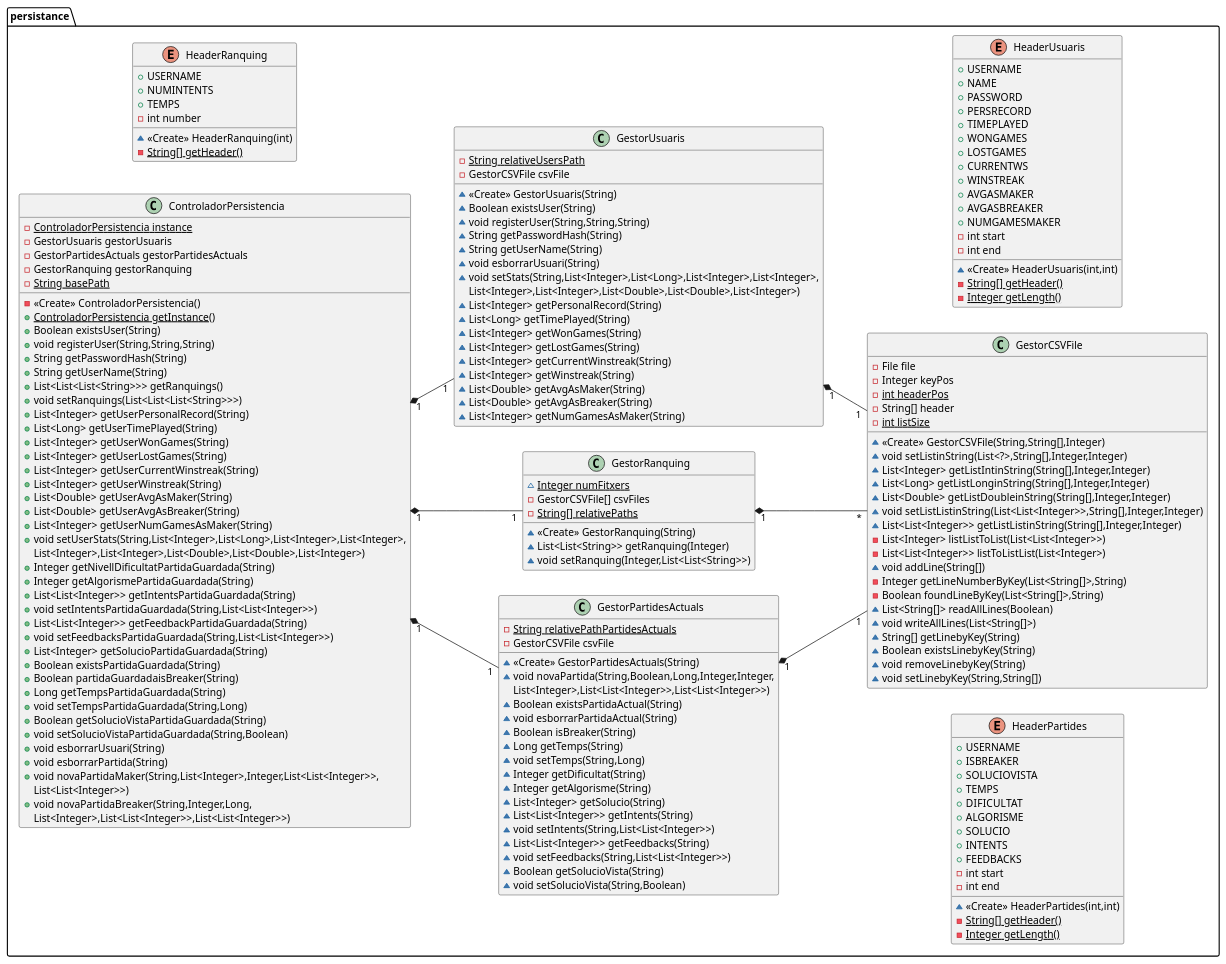
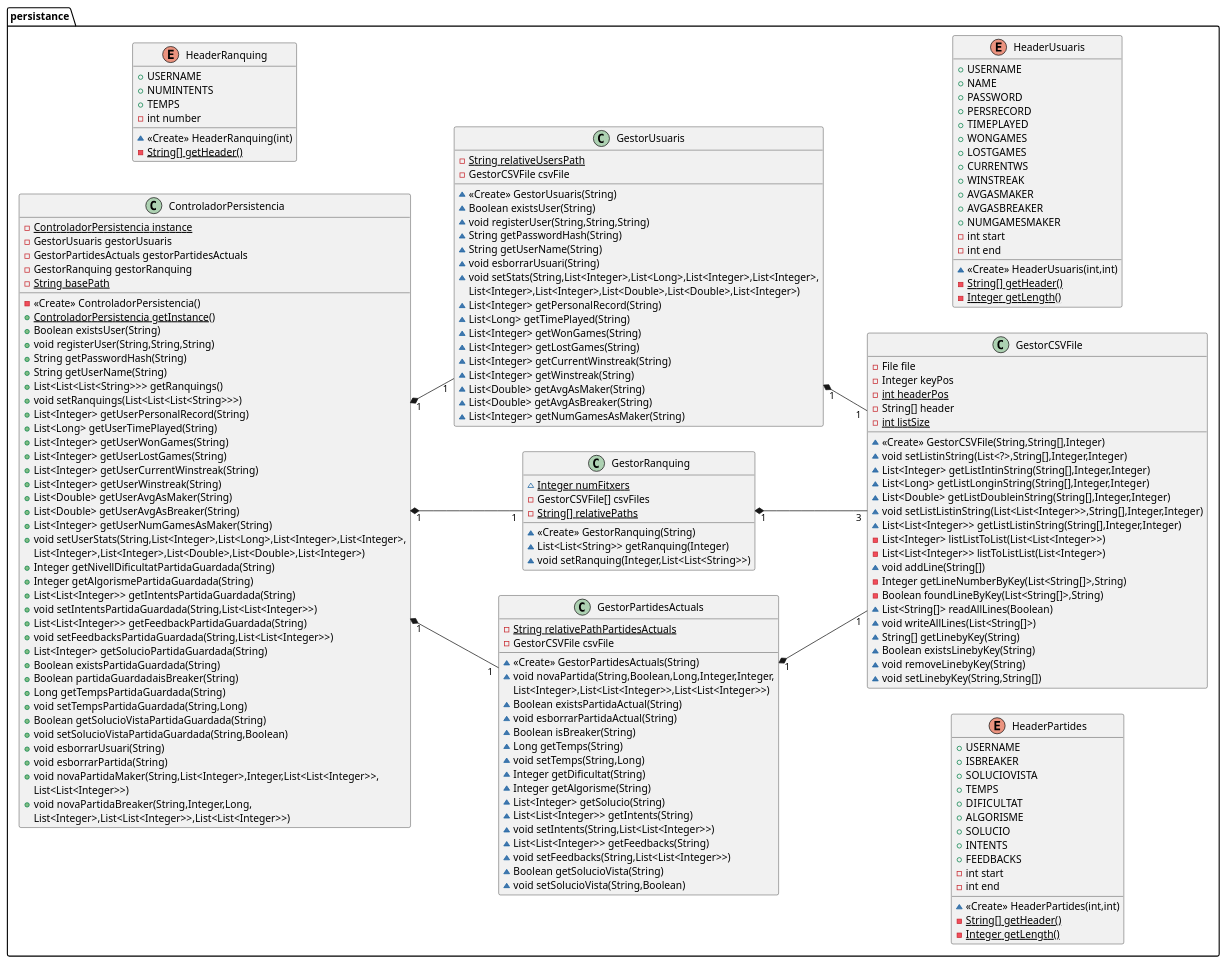
One commit to albertcanales/mastermind changed the diagram in FONTS/uml/persistance.puml. Above: the diagram before and after it, drawn with PlantUML. The commit also changed 2 other files, not shown here.

```diff
--- a/FONTS/uml/persistance.puml
+++ b/FONTS/uml/persistance.puml
@@ -1,175 +1,175 @@
 @startuml
 class persistance.GestorCSVFile {
 - File file
 - Integer keyPos
 - {static} int headerPos
 - String[] header
 - {static} int listSize
 ~ <<Create>> GestorCSVFile(String,String[],Integer)
 ~ void setListinString(List<?>,String[],Integer,Integer)
 ~ List<Integer> getListIntinString(String[],Integer,Integer)
 ~ List<Long> getListLonginString(String[],Integer,Integer)
 ~ List<Double> getListDoubleinString(String[],Integer,Integer)
 ~ void setListListinString(List<List<Integer>>,String[],Integer,Integer)
 ~ List<List<Integer>> getListListinString(String[],Integer,Integer)
 - List<Integer> listListToList(List<List<Integer>>)
 - List<List<Integer>> listToListList(List<Integer>)
 ~ void addLine(String[])
 - Integer getLineNumberByKey(List<String[]>,String)
 - Boolean foundLineByKey(List<String[]>,String)
 ~ List<String[]> readAllLines(Boolean)
 ~ void writeAllLines(List<String[]>)
 ~ String[] getLinebyKey(String)
 ~ Boolean existsLinebyKey(String)
 ~ void removeLinebyKey(String)
 ~ void setLinebyKey(String,String[])
 }
 class persistance.GestorPartidesActuals {
 - {static} String relativePathPartidesActuals
 - GestorCSVFile csvFile
 ~ <<Create>> GestorPartidesActuals(String)
 ~ void novaPartida(String,Boolean,Long,Integer,Integer,
 List<Integer>,List<List<Integer>>,List<List<Integer>>)
 ~ Boolean existsPartidaActual(String)
 ~ void esborrarPartidaActual(String)
 ~ Boolean isBreaker(String)
 ~ Long getTemps(String)
 ~ void setTemps(String,Long)
 ~ Integer getDificultat(String)
 ~ Integer getAlgorisme(String)
 ~ List<Integer> getSolucio(String)
 ~ List<List<Integer>> getIntents(String)
 ~ void setIntents(String,List<List<Integer>>)
 ~ List<List<Integer>> getFeedbacks(String)
 ~ void setFeedbacks(String,List<List<Integer>>)
 ~ Boolean getSolucioVista(String)
 ~ void setSolucioVista(String,Boolean)
 }
 enum persistance.HeaderPartides {
 +  USERNAME
 +  ISBREAKER
 +  SOLUCIOVISTA
 +  TEMPS
 +  DIFICULTAT
 +  ALGORISME
 +  SOLUCIO
 +  INTENTS
 +  FEEDBACKS
 - int start
 - int end
 ~ <<Create>> HeaderPartides(int,int)
 - {static} String[] getHeader()
 - {static} Integer getLength()
 }
 class persistance.GestorRanquing {
 ~ {static} Integer numFitxers
 - GestorCSVFile[] csvFiles
 - {static} String[] relativePaths
 ~ <<Create>> GestorRanquing(String)
 ~ List<List<String>> getRanquing(Integer)
 ~ void setRanquing(Integer,List<List<String>>)
 }
 enum persistance.HeaderRanquing {
 +  USERNAME
 +  NUMINTENTS
 +  TEMPS
 - int number
 ~ <<Create>> HeaderRanquing(int)
 - {static} String[] getHeader()
 }
 class persistance.GestorUsuaris {
 - {static} String relativeUsersPath
 - GestorCSVFile csvFile
 ~ <<Create>> GestorUsuaris(String)
 ~ Boolean existsUser(String)
 ~ void registerUser(String,String,String)
 ~ String getPasswordHash(String)
 ~ String getUserName(String)
 ~ void esborrarUsuari(String)
 ~ void setStats(String,List<Integer>,List<Long>,List<Integer>,List<Integer>,
 List<Integer>,List<Integer>,List<Double>,List<Double>,List<Integer>)
 ~ List<Integer> getPersonalRecord(String)
 ~ List<Long> getTimePlayed(String)
 ~ List<Integer> getWonGames(String)
 ~ List<Integer> getLostGames(String)
 ~ List<Integer> getCurrentWinstreak(String)
 ~ List<Integer> getWinstreak(String)
 ~ List<Double> getAvgAsMaker(String)
 ~ List<Double> getAvgAsBreaker(String)
 ~ List<Integer> getNumGamesAsMaker(String)
 }
 enum persistance.HeaderUsuaris {
 +  USERNAME
 +  NAME
 +  PASSWORD
 +  PERSRECORD
 +  TIMEPLAYED
 +  WONGAMES
 +  LOSTGAMES
 +  CURRENTWS
 +  WINSTREAK
 +  AVGASMAKER
 +  AVGASBREAKER
 +  NUMGAMESMAKER
 - int start
 - int end
 ~ <<Create>> HeaderUsuaris(int,int)
 - {static} String[] getHeader()
 - {static} Integer getLength()
 }
 class persistance.ControladorPersistencia {
 - {static} ControladorPersistencia instance
 - GestorUsuaris gestorUsuaris
 - GestorPartidesActuals gestorPartidesActuals
 - GestorRanquing gestorRanquing
 - {static} String basePath
 - <<Create>> ControladorPersistencia()
 + {static} ControladorPersistencia getInstance()
 + Boolean existsUser(String)
 + void registerUser(String,String,String)
 + String getPasswordHash(String)
 + String getUserName(String)
 + List<List<List<String>>> getRanquings()
 + void setRanquings(List<List<List<String>>>)
 + List<Integer> getUserPersonalRecord(String)
 + List<Long> getUserTimePlayed(String)
 + List<Integer> getUserWonGames(String)
 + List<Integer> getUserLostGames(String)
 + List<Integer> getUserCurrentWinstreak(String)
 + List<Integer> getUserWinstreak(String)
 + List<Double> getUserAvgAsMaker(String)
 + List<Double> getUserAvgAsBreaker(String)
 + List<Integer> getUserNumGamesAsMaker(String)
 + void setUserStats(String,List<Integer>,List<Long>,List<Integer>,List<Integer>,
 List<Integer>,List<Integer>,List<Double>,List<Double>,List<Integer>)
 + Integer getNivellDificultatPartidaGuardada(String)
 + Integer getAlgorismePartidaGuardada(String)
 + List<List<Integer>> getIntentsPartidaGuardada(String)
 + void setIntentsPartidaGuardada(String,List<List<Integer>>)
 + List<List<Integer>> getFeedbackPartidaGuardada(String)
 + void setFeedbacksPartidaGuardada(String,List<List<Integer>>)
 + List<Integer> getSolucioPartidaGuardada(String)
 + Boolean existsPartidaGuardada(String)
 + Boolean partidaGuardadaisBreaker(String)
 + Long getTempsPartidaGuardada(String)
 + void setTempsPartidaGuardada(String,Long)
 + Boolean getSolucioVistaPartidaGuardada(String)
 + void setSolucioVistaPartidaGuardada(String,Boolean)
 + void esborrarUsuari(String)
 + void esborrarPartida(String)
 + void novaPartidaMaker(String,List<Integer>,Integer,List<List<Integer>>,
 List<List<Integer>>)
 + void novaPartidaBreaker(String,Integer,Long,
 List<Integer>,List<List<Integer>>,List<List<Integer>>)
 }
 
 left to right direction
 persistance.ControladorPersistencia "1" *-- "1" persistance.GestorPartidesActuals
 persistance.ControladorPersistencia "1" *-- "1" persistance.GestorUsuaris
 persistance.ControladorPersistencia "1" *-- "1" persistance.GestorRanquing
 persistance.GestorPartidesActuals "1" *-- "1" persistance.GestorCSVFile
 persistance.GestorUsuaris "1" *-- "1" persistance.GestorCSVFile
-persistance.GestorRanquing "1" *-- "*" persistance.GestorCSVFile
+persistance.GestorRanquing "1" *-- "3" persistance.GestorCSVFile
 persistance.GestorPartidesActuals <-[hidden]- persistance.HeaderPartides
 persistance.GestorUsuaris <-[hidden]- persistance.HeaderUsuaris
 @enduml
```
